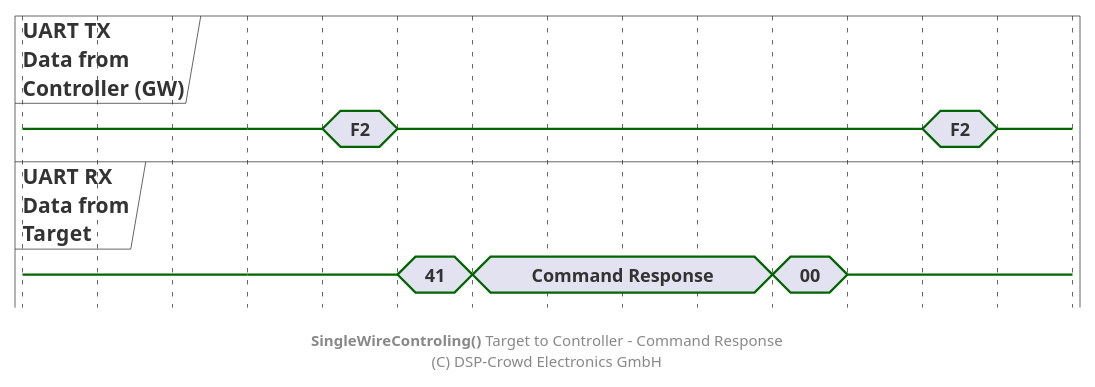
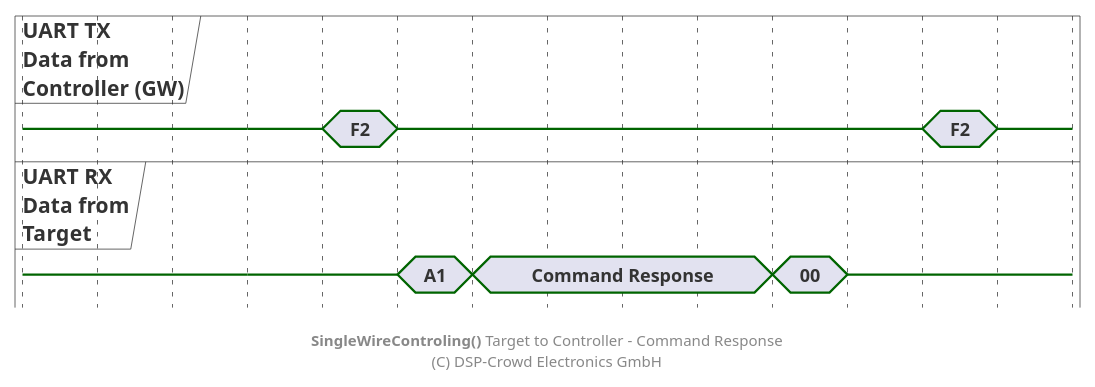
One commit to NoOrientationProgramming/code-orb changed the diagram in doc/system/protocol/A2_swt-target-to-ctrl_cmd-resp.pu. Above: the diagram before and after it, drawn with PlantUML. The commit also changed 11 other files, not shown here.

```diff
--- a/doc/system/protocol/A2_swt-target-to-ctrl_cmd-resp.pu
+++ b/doc/system/protocol/A2_swt-target-to-ctrl_cmd-resp.pu
@@ -2,40 +2,40 @@
 @startuml
 
 hide time-axis
 
 concise "UART TX\nData from\nController (GW)" as ctrl
 concise "UART RX\nData from\nTarget" as tar
 
 @0
 ctrl is {-}
 tar is {-}
 
 @+60
 ctrl is {-}
 tar is {-}
 
 @+20
 ctrl is "F2"
 
 @+20
 ctrl is {-}
-tar is "41"
+tar is "A1"
 
 @+20
 tar is "Command Response"
 
 @+80
 tar is "00"
 
 @+20
 tar is {-}
 
 @+20
 ctrl is "F2"
 
 @+20
 ctrl is {-}
 
 footer **SingleWireControling()** Target to Controller - Command Response\n(C) DSP-Crowd Electronics GmbH
 
 @enduml
```
